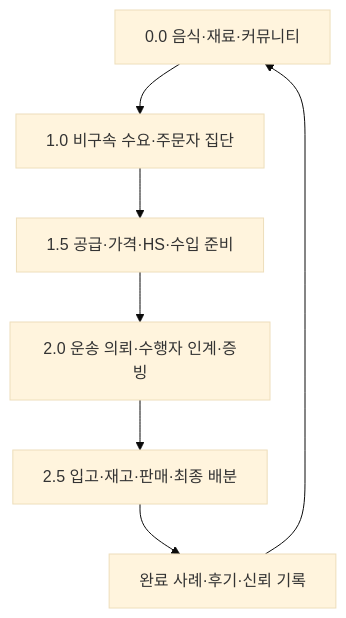
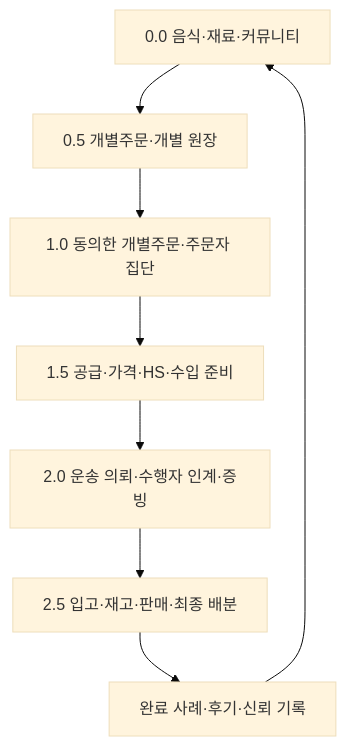
Before and after one commit to cheolwo/hongdal: the first of 2 diagrams in docs/ProjectOverview/version-roadmap.md, drawn with Mermaid (base theme). The commit also changed other lines of this file and 10 other files, not shown here.

Commit message:
feat(roadmap): define individual order 0.5 stage

````diff
--- a/docs/ProjectOverview/version-roadmap.md
+++ b/docs/ProjectOverview/version-roadmap.md
@@ -21,9 +22,10 @@
 ```mermaid
 flowchart TD
-    A["0.0 음식·재료·커뮤니티"] --> B["1.0 비구속 수요·주문자 집단"]
-    B --> C["1.5 공급·가격·HS·수입 준비"]
-    C --> D["2.0 운송 의뢰·수행자 인계·증빙"]
-    D --> E["2.5 입고·재고·판매·최종 배분"]
-    E --> F["완료 사례·후기·신뢰 기록"]
-    F --> A
+    A["0.0 음식·재료·커뮤니티"] --> B["0.5 개별주문·개별 원장"]
+    B --> C["1.0 동의한 개별주문·주문자 집단"]
+    C --> D["1.5 공급·가격·HS·수입 준비"]
+    D --> E["2.0 운송 의뢰·수행자 인계·증빙"]
+    E --> F["2.5 입고·재고·판매·최종 배분"]
+    F --> G["완료 사례·후기·신뢰 기록"]
+    G --> A
 ```
````
